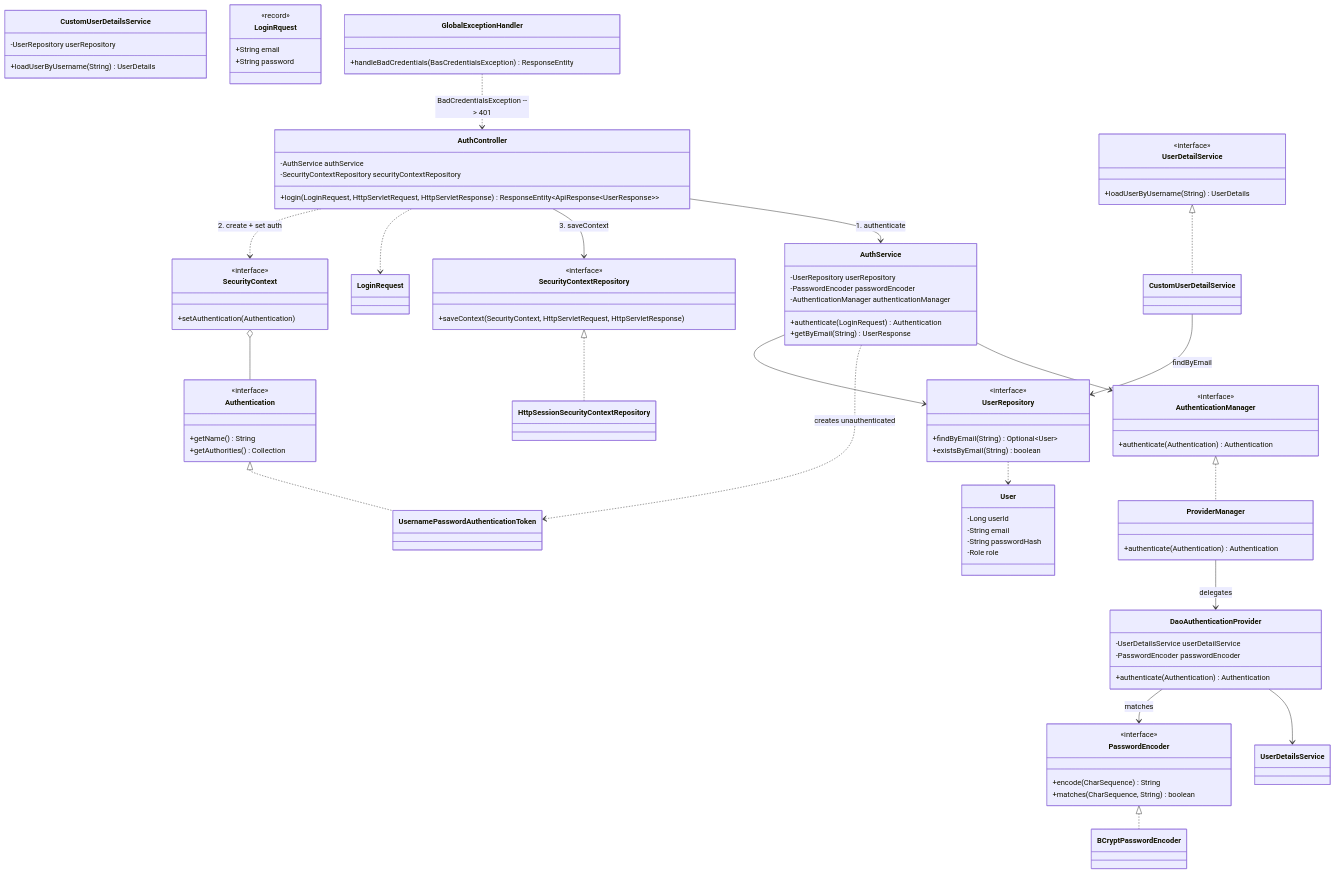
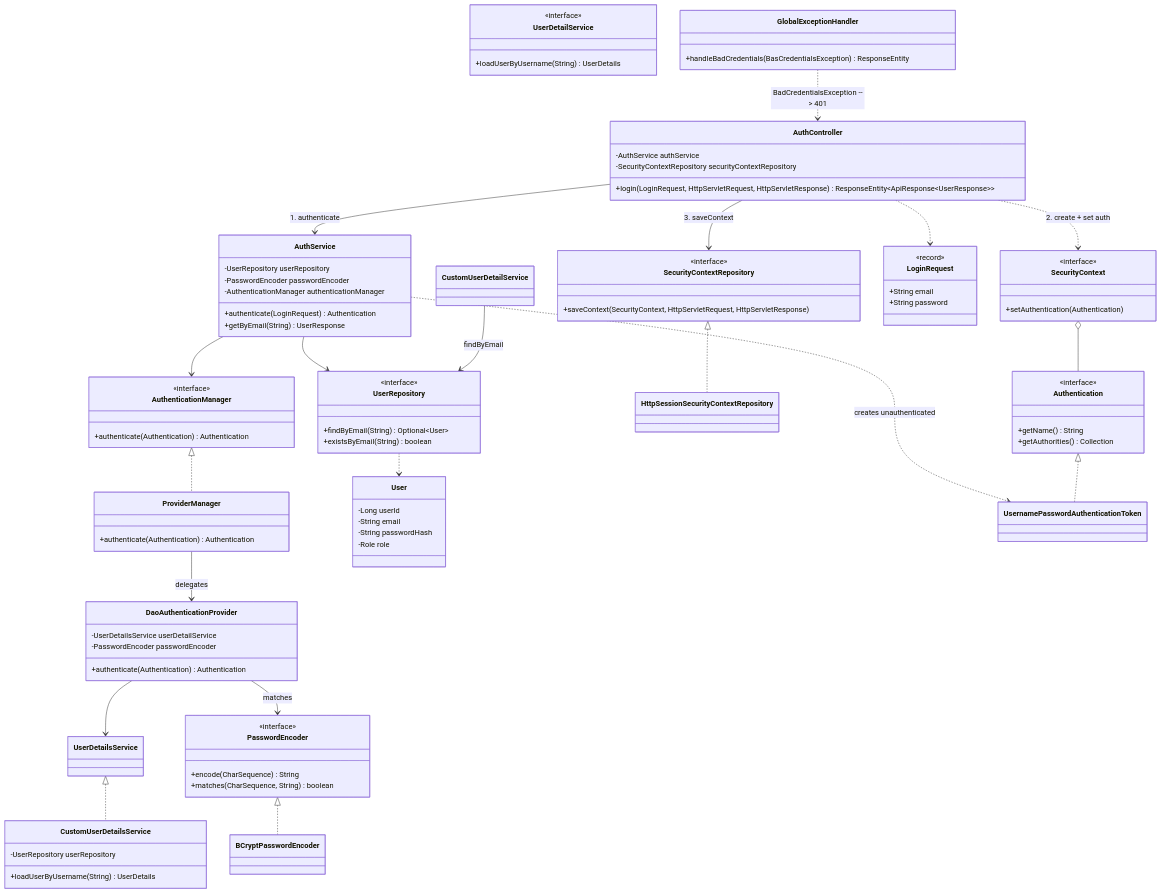
One commit to Tranhao99/authen changed the diagram in mermaid.md. Above: the diagram before and after it, drawn with Mermaid.

```diff
--- a/mermaid.md
+++ b/mermaid.md
@@ -82,7 +82,7 @@
   
   class UsernamePasswordAuthenticationToken
   
-  class LoginRquest {
+  class LoginRequest {
     <<record>>
     +String email
     +String password
@@ -106,7 +106,7 @@
   DaoAuthenticationProvider --> UserDetailsService
   DaoAuthenticationProvider --> PasswordEncoder : matches
   
-  UserDetailService <|.. CustomUserDetailService
+  UserDetailsService <|.. CustomUserDetailsService
   CustomUserDetailService --> UserRepository : findByEmail
   UserRepository ..> User
   
```
